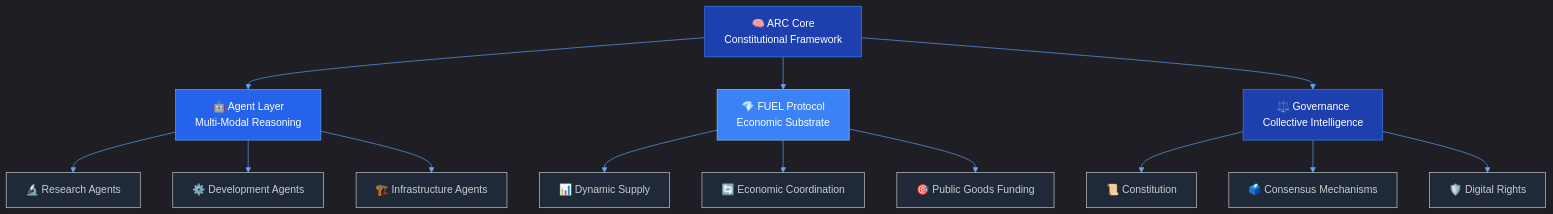
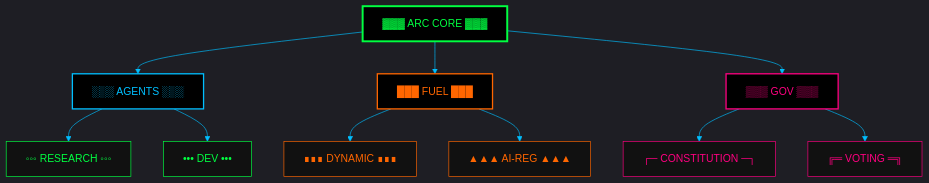
Before and after one commit to Artifact-Virtual/.github: the diagram in profile/README.md, drawn with Mermaid. The commit also changed other lines of this file, not shown here.

````diff
--- a/profile/README.md
+++ b/profile/README.md
@@ -67,24 +53,24 @@
 ```mermaid
-%%{init: {'theme':'dark', 'themeVariables': { 'primaryColor': '#1e40af', 'primaryTextColor': '#ffffff', 'primaryBorderColor': '#3b82f6', 'lineColor': '#60a5fa', 'secondaryColor': '#1f2937', 'tertiaryColor': '#374151', 'background': '#111827', 'mainBkg': '#1f2937'}}}%%
+%%{init: {'theme':'dark', 'themeVariables': { 'primaryColor': '#00FF41', 'primaryTextColor': '#00FF41', 'primaryBorderColor': '#00FF41', 'lineColor': '#00BFFF', 'secondaryColor': '#000000', 'tertiaryColor': '#111111', 'background': '#000000', 'mainBkg': '#000000'}}}%%
 graph TB
-    ARC[🧠 ARC Core<br/>Constitutional Framework] --> AGENTS[🤖 Agent Layer<br/>Multi-Modal Reasoning]
-    ARC --> FUEL[💎 FUEL Protocol<br/>Economic Substrate]
-    ARC --> GOV[⚖️ Governance<br/>Collective Intelligence]
+    A["▓▓▓ ARC CORE ▓▓▓"] --> B["░░░ AGENTS ░░░"]
+    A --> C["███ FUEL ███"]
+    A --> D["▒▒▒ GOV ▒▒▒"]
+    B --> E["◦◦◦ RESEARCH ◦◦◦"]
+    B --> F["••• DEV •••"]
+    C --> G["∎∎∎ DYNAMIC ∎∎∎"]
+    C --> H["▲▲▲ AI-REG ▲▲▲"]
+    D --> I["┌─ CONSTITUTION ─┐"]
+    D --> J["╔═ VOTING ═╗"]
     
-    AGENTS --> RESEARCH[🔬 Research Agents]
-    AGENTS --> DEV[⚙️ Development Agents]
-    AGENTS --> INFRA[🏗️ Infrastructure Agents]
-    
-    FUEL --> SUPPLY[📊 Dynamic Supply]
-    FUEL --> COORD[🔄 Economic Coordination]
-    FUEL --> FUNDING[🎯 Public Goods Funding]
-    
-    GOV --> CONST[📜 Constitution]
-    GOV --> VOTE[🗳️ Consensus Mechanisms]
-    GOV --> RIGHTS[🛡️ Digital Rights]
-    
-    style ARC fill:#1e40af,stroke:#3b82f6,color:#ffffff
-    style AGENTS fill:#2563eb,stroke:#60a5fa,color:#ffffff
-    style FUEL fill:#3b82f6,stroke:#93c5fd,color:#ffffff
-    style GOV fill:#1e40af,stroke:#3b82f6,color:#ffffff
+    style A fill:#000000,stroke:#00FF41,color:#00FF41,stroke-width:3px
+    style B fill:#000000,stroke:#00BFFF,color:#00BFFF,stroke-width:2px
+    style C fill:#000000,stroke:#FF6600,color:#FF6600,stroke-width:2px
+    style D fill:#000000,stroke:#FF0080,color:#FF0080,stroke-width:2px
+    style E fill:#111111,stroke:#00FF41,color:#00FF41
+    style F fill:#111111,stroke:#00FF41,color:#00FF41
+    style G fill:#111111,stroke:#FF6600,color:#FF6600
+    style H fill:#111111,stroke:#FF6600,color:#FF6600
+    style I fill:#111111,stroke:#FF0080,color:#FF0080
+    style J fill:#111111,stroke:#FF0080,color:#FF0080
 ```
````
